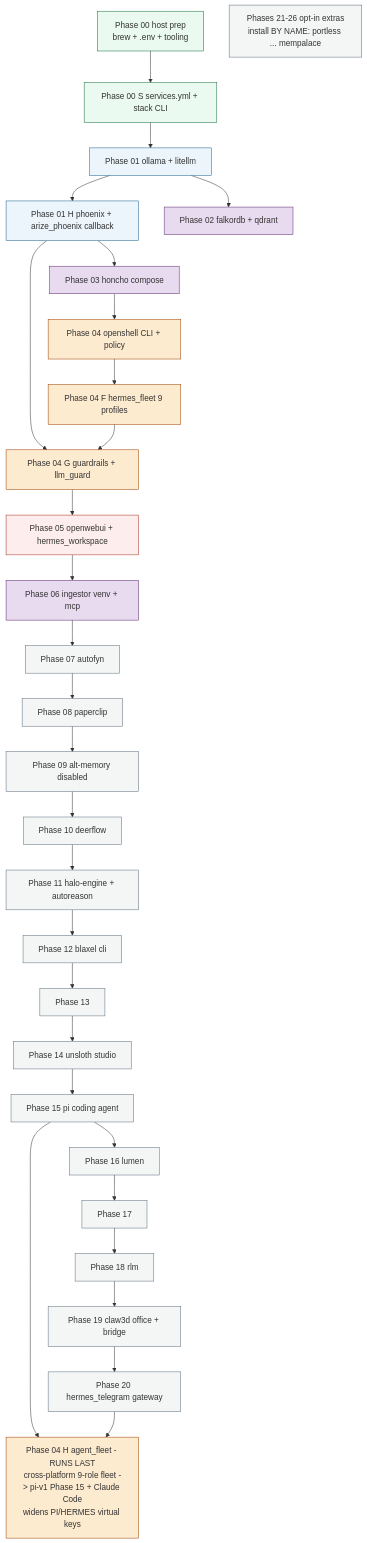
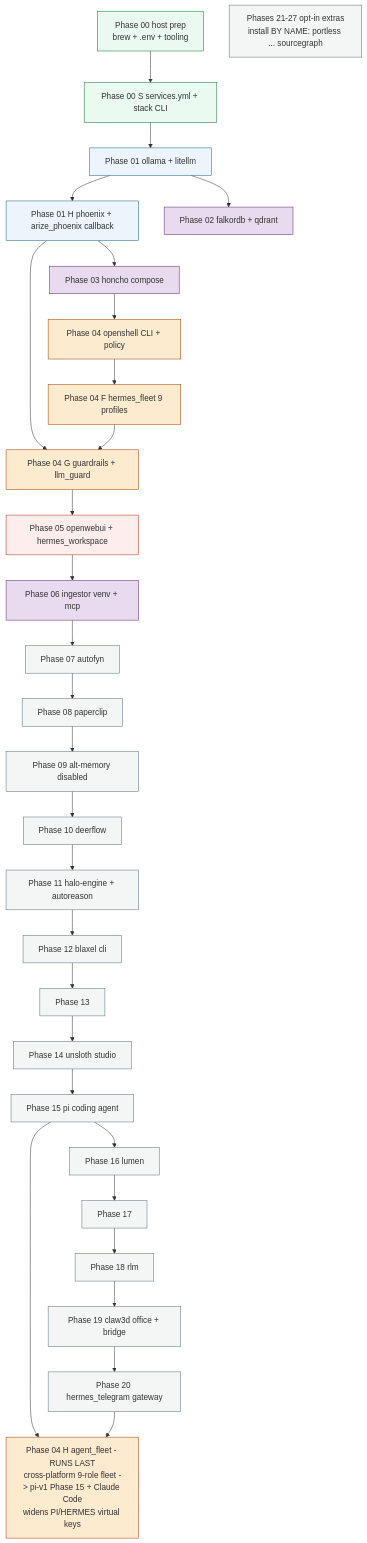
Before and after one commit to mayssamj/versatile-ai-stack: the sixth of 6 diagrams in doc/DEPENDENCIES.md, drawn with Mermaid. The commit also changed 25 other files, not shown here.

````diff
--- a/doc/DEPENDENCIES.md
+++ b/doc/DEPENDENCIES.md
@@ -365,49 +365,49 @@
 ```mermaid
 graph TD
   classDef host fill:#eafaf1,stroke:#196f3d
   classDef inf fill:#ebf5fb,stroke:#1f618d
   classDef store fill:#e8daef,stroke:#5b2c6f
   classDef sec fill:#fdebd0,stroke:#a04000
   classDef ui fill:#fdedec,stroke:#a93226
   classDef opt fill:#f4f6f6,stroke:#5d6d7e
 
   p00[Phase 00 host prep<br/>brew + .env + tooling]:::host
   p00s[Phase 00 S services.yml + stack CLI]:::host
   p01[Phase 01 ollama + litellm]:::inf
   p01h[Phase 01 H phoenix + arize_phoenix callback]:::inf
   p02[Phase 02 falkordb + qdrant]:::store
   p03[Phase 03 honcho compose]:::store
   p04[Phase 04 openshell CLI + policy]:::sec
   p04f[Phase 04 F hermes_fleet 9 profiles]:::sec
   p04g[Phase 04 G guardrails + llm_guard]:::sec
   p05[Phase 05 openwebui + hermes_workspace]:::ui
   p06[Phase 06 ingestor venv + mcp]:::store
   p07[Phase 07 autofyn]:::opt
   p08[Phase 08 paperclip]:::opt
   p09[Phase 09 alt-memory disabled]:::opt
   p10[Phase 10 deerflow]:::opt
   p11[Phase 11 halo-engine + autoreason]:::opt
   p12[Phase 12 blaxel cli]:::opt
   p13[Phase 13]:::opt
   p14[Phase 14 unsloth studio]:::opt
   p15[Phase 15 pi coding agent]:::opt
   p16[Phase 16 lumen]:::opt
   p17[Phase 17]:::opt
   p18[Phase 18 rlm]:::opt
   p19[Phase 19 claw3d office + bridge]:::opt
   p20[Phase 20 hermes_telegram gateway]:::opt
-  p21_26[Phases 21-26 opt-in extras<br/>install BY NAME: portless ... mempalace]:::opt
+  p21_26[Phases 21-27 opt-in extras<br/>install BY NAME: portless ... sourcegraph]:::opt
   p04h[Phase 04 H agent_fleet - RUNS LAST<br/>cross-platform 9-role fleet -> pi-v1 Phase 15 + Claude Code<br/>widens PI/HERMES virtual keys]:::sec
 
   p00 --> p00s --> p01 --> p01h
   p01 --> p02
   p01h --> p03
   p03 --> p04 --> p04f
   p01h --> p04g
   p04f --> p04g
   p04g --> p05
   p05 --> p06
   p06 --> p07 --> p08 --> p09 --> p10 --> p11 --> p12 --> p13 --> p14 --> p15 --> p16 --> p17 --> p18 --> p19 --> p20
   p15 --> p04h
   p20 --> p04h
 ```
````
